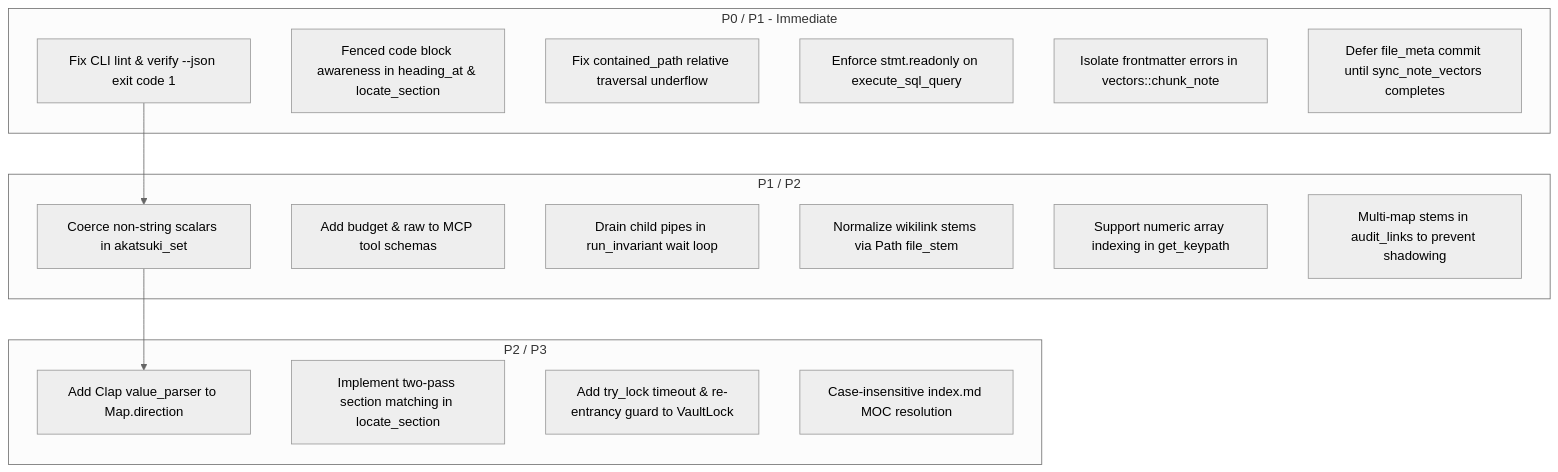
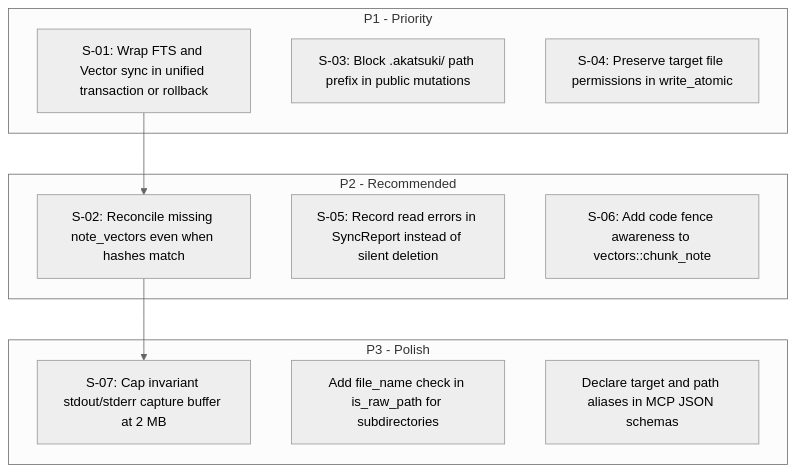
The diagram in .agents/reviews/master_architectural_audit_report.md (fusuyfusuy/akatsuki), drawn with Mermaid (neutral theme) before and after one commit. The commit also changed other lines of this file and 16 other files, not shown here.

First line of the commit message:
fix(boundary): resolve 7 seam findings across storage, index, vectors, verify, mcp

````diff
--- a/.agents/reviews/master_architectural_audit_report.md
+++ b/.agents/reviews/master_architectural_audit_report.md
@@ -82,30 +90,23 @@
 ```mermaid
 graph TD
-    subgraph Batch 1: Critical Invariants & Security [P0 / P1 - Immediate]
-        B1_1[Fix CLI lint & verify --json exit code 1]
-        B1_2[Fenced code block awareness in heading_at & locate_section]
-        B1_3[Fix contained_path relative traversal underflow]
-        B1_4[Enforce stmt.readonly on execute_sql_query]
-        B1_5[Isolate frontmatter errors in vectors::chunk_note]
-        B1_6[Defer file_meta commit until sync_note_vectors completes]
+    subgraph Batch 1: Transaction & Security Hardening [P1 - Priority]
+        B1_1[S-01: Wrap FTS and Vector sync in unified transaction or rollback]
+        B1_2[S-03: Block .akatsuki/ path prefix in public mutations]
+        B1_3[S-04: Preserve target file permissions in write_atomic]
     end
 
-    subgraph Batch 2: Edge Robustness & Type Coercion [P1 / P2]
-        B2_1[Coerce non-string scalars in akatsuki_set]
-        B2_2[Add budget & raw to MCP tool schemas]
-        B2_3[Drain child pipes in run_invariant wait loop]
-        B2_4[Normalize wikilink stems via Path file_stem]
-        B2_5[Support numeric array indexing in get_keypath]
-        B2_6[Multi-map stems in audit_links to prevent shadowing]
+    subgraph Batch 2: Vector & Index Robustness [P2 - Recommended]
+        B2_1[S-02: Reconcile missing note_vectors even when hashes match]
+        B2_2[S-05: Record read errors in SyncReport instead of silent deletion]
+        B2_3[S-06: Add code fence awareness to vectors::chunk_note]
     end
 
-    subgraph Batch 3: Ergonomics & Performance Polish [P2 / P3]
-        B3_1[Add Clap value_parser to Map.direction]
-        B3_2[Implement two-pass section matching in locate_section]
-        B3_3[Add try_lock timeout & re-entrancy guard to VaultLock]
-        B3_4[Case-insensitive index.md MOC resolution]
+    subgraph Batch 3: Verification & Performance Polish [P3 - Polish]
+        B3_1[S-07: Cap invariant stdout/stderr capture buffer at 2 MB]
+        B3_2[Add file_name check in is_raw_path for subdirectories]
+        B3_3[Declare target and path aliases in MCP JSON schemas]
     end
 
     B1_1 --> B2_1
     B2_1 --> B3_1
 ```
````
